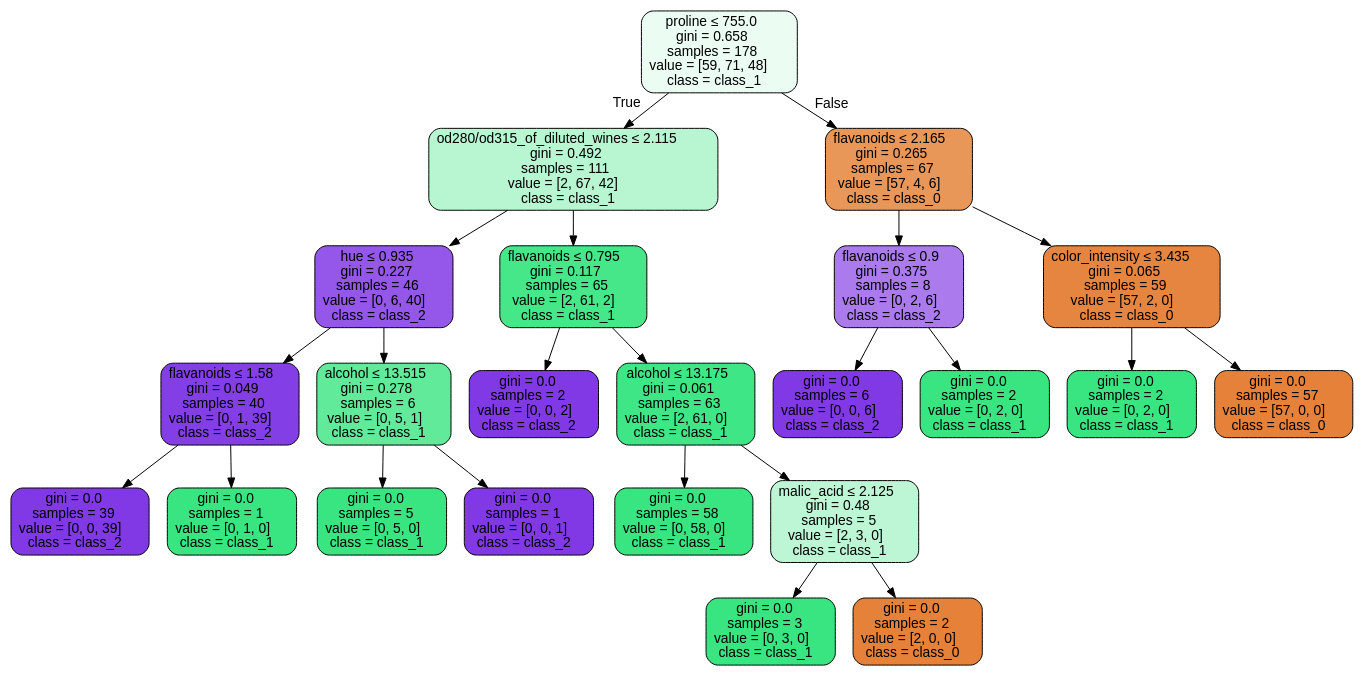
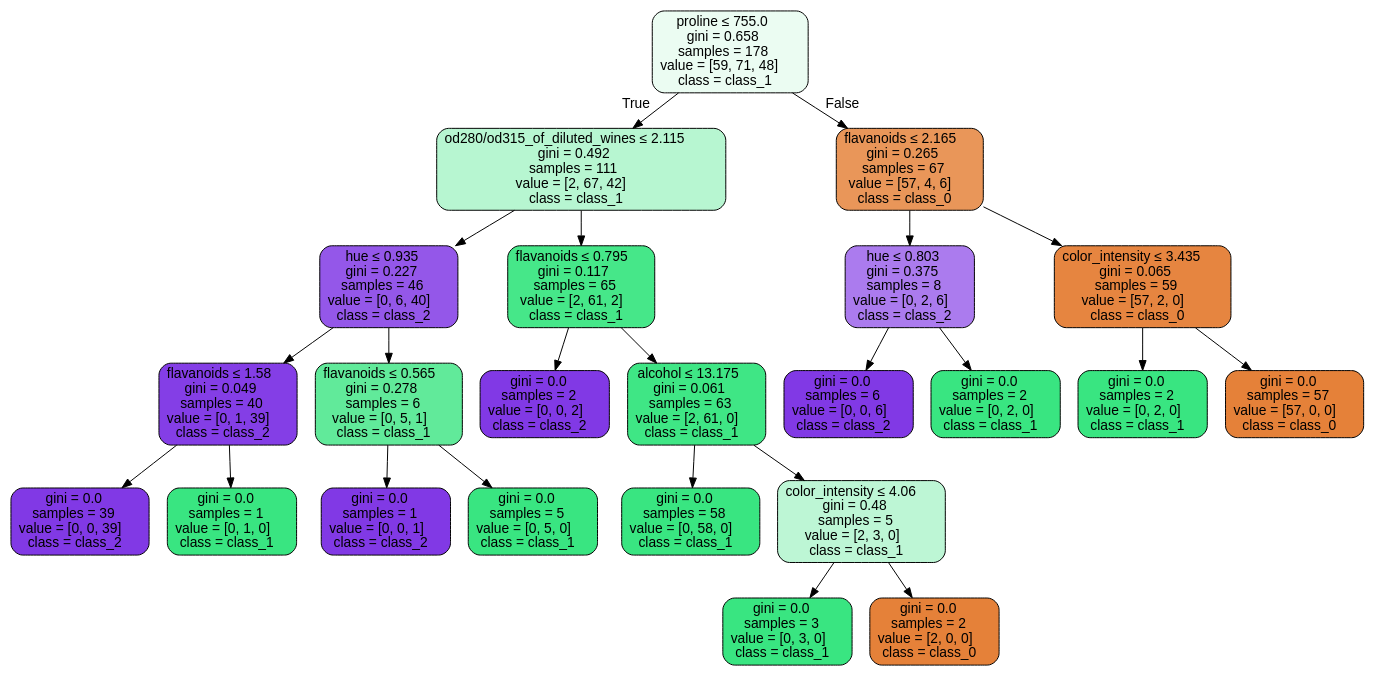
One commit to lynstanford/machine-learning-projects changed the diagram in machine-learning/wine.dot. Above: the diagram before and after it, drawn with Graphviz. The commit also changed 4 other files, not shown here.

```diff
--- a/machine-learning/wine.dot
+++ b/machine-learning/wine.dot
@@ -1,49 +1,49 @@
 digraph Tree {
 node [shape=box, style="filled, rounded", color="black", fontname="helvetica"] ;
 edge [fontname="helvetica"] ;
 0 [label=<proline &le; 755.0<br/>gini = 0.658<br/>samples = 178<br/>value = [59, 71, 48]<br/>class = class_1>, fillcolor="#ebfcf2"] ;
 1 [label=<od280/od315_of_diluted_wines &le; 2.115<br/>gini = 0.492<br/>samples = 111<br/>value = [2, 67, 42]<br/>class = class_1>, fillcolor="#b7f6d1"] ;
 0 -> 1 [labeldistance=2.5, labelangle=45, headlabel="True"] ;
 2 [label=<hue &le; 0.935<br/>gini = 0.227<br/>samples = 46<br/>value = [0, 6, 40]<br/>class = class_2>, fillcolor="#9457e9"] ;
 1 -> 2 ;
 3 [label=<flavanoids &le; 1.58<br/>gini = 0.049<br/>samples = 40<br/>value = [0, 1, 39]<br/>class = class_2>, fillcolor="#843ee6"] ;
 2 -> 3 ;
 4 [label=<gini = 0.0<br/>samples = 39<br/>value = [0, 0, 39]<br/>class = class_2>, fillcolor="#8139e5"] ;
 3 -> 4 ;
 5 [label=<gini = 0.0<br/>samples = 1<br/>value = [0, 1, 0]<br/>class = class_1>, fillcolor="#39e581"] ;
 3 -> 5 ;
-6 [label=<alcohol &le; 13.515<br/>gini = 0.278<br/>samples = 6<br/>value = [0, 5, 1]<br/>class = class_1>, fillcolor="#61ea9a"] ;
+6 [label=<flavanoids &le; 0.565<br/>gini = 0.278<br/>samples = 6<br/>value = [0, 5, 1]<br/>class = class_1>, fillcolor="#61ea9a"] ;
 2 -> 6 ;
-7 [label=<gini = 0.0<br/>samples = 5<br/>value = [0, 5, 0]<br/>class = class_1>, fillcolor="#39e581"] ;
+7 [label=<gini = 0.0<br/>samples = 1<br/>value = [0, 0, 1]<br/>class = class_2>, fillcolor="#8139e5"] ;
 6 -> 7 ;
-8 [label=<gini = 0.0<br/>samples = 1<br/>value = [0, 0, 1]<br/>class = class_2>, fillcolor="#8139e5"] ;
+8 [label=<gini = 0.0<br/>samples = 5<br/>value = [0, 5, 0]<br/>class = class_1>, fillcolor="#39e581"] ;
 6 -> 8 ;
 9 [label=<flavanoids &le; 0.795<br/>gini = 0.117<br/>samples = 65<br/>value = [2, 61, 2]<br/>class = class_1>, fillcolor="#46e789"] ;
 1 -> 9 ;
 10 [label=<gini = 0.0<br/>samples = 2<br/>value = [0, 0, 2]<br/>class = class_2>, fillcolor="#8139e5"] ;
 9 -> 10 ;
 11 [label=<alcohol &le; 13.175<br/>gini = 0.061<br/>samples = 63<br/>value = [2, 61, 0]<br/>class = class_1>, fillcolor="#3fe685"] ;
 9 -> 11 ;
 12 [label=<gini = 0.0<br/>samples = 58<br/>value = [0, 58, 0]<br/>class = class_1>, fillcolor="#39e581"] ;
 11 -> 12 ;
-13 [label=<malic_acid &le; 2.125<br/>gini = 0.48<br/>samples = 5<br/>value = [2, 3, 0]<br/>class = class_1>, fillcolor="#bdf6d5"] ;
+13 [label=<color_intensity &le; 4.06<br/>gini = 0.48<br/>samples = 5<br/>value = [2, 3, 0]<br/>class = class_1>, fillcolor="#bdf6d5"] ;
 11 -> 13 ;
 14 [label=<gini = 0.0<br/>samples = 3<br/>value = [0, 3, 0]<br/>class = class_1>, fillcolor="#39e581"] ;
 13 -> 14 ;
 15 [label=<gini = 0.0<br/>samples = 2<br/>value = [2, 0, 0]<br/>class = class_0>, fillcolor="#e58139"] ;
 13 -> 15 ;
 16 [label=<flavanoids &le; 2.165<br/>gini = 0.265<br/>samples = 67<br/>value = [57, 4, 6]<br/>class = class_0>, fillcolor="#e99659"] ;
 0 -> 16 [labeldistance=2.5, labelangle=-45, headlabel="False"] ;
-17 [label=<flavanoids &le; 0.9<br/>gini = 0.375<br/>samples = 8<br/>value = [0, 2, 6]<br/>class = class_2>, fillcolor="#ab7bee"] ;
+17 [label=<hue &le; 0.803<br/>gini = 0.375<br/>samples = 8<br/>value = [0, 2, 6]<br/>class = class_2>, fillcolor="#ab7bee"] ;
 16 -> 17 ;
 18 [label=<gini = 0.0<br/>samples = 6<br/>value = [0, 0, 6]<br/>class = class_2>, fillcolor="#8139e5"] ;
 17 -> 18 ;
 19 [label=<gini = 0.0<br/>samples = 2<br/>value = [0, 2, 0]<br/>class = class_1>, fillcolor="#39e581"] ;
 17 -> 19 ;
 20 [label=<color_intensity &le; 3.435<br/>gini = 0.065<br/>samples = 59<br/>value = [57, 2, 0]<br/>class = class_0>, fillcolor="#e68540"] ;
 16 -> 20 ;
 21 [label=<gini = 0.0<br/>samples = 2<br/>value = [0, 2, 0]<br/>class = class_1>, fillcolor="#39e581"] ;
 20 -> 21 ;
 22 [label=<gini = 0.0<br/>samples = 57<br/>value = [57, 0, 0]<br/>class = class_0>, fillcolor="#e58139"] ;
 20 -> 22 ;
 }
```
